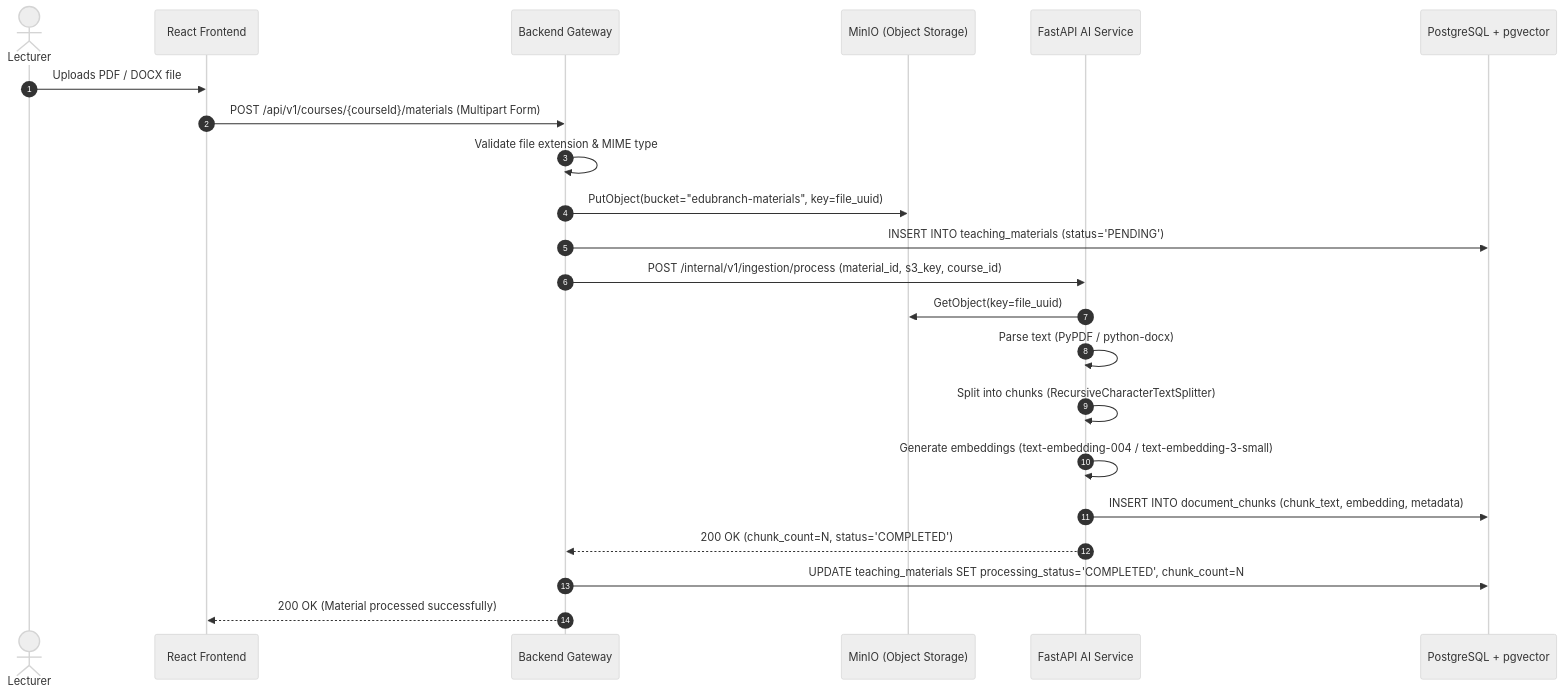
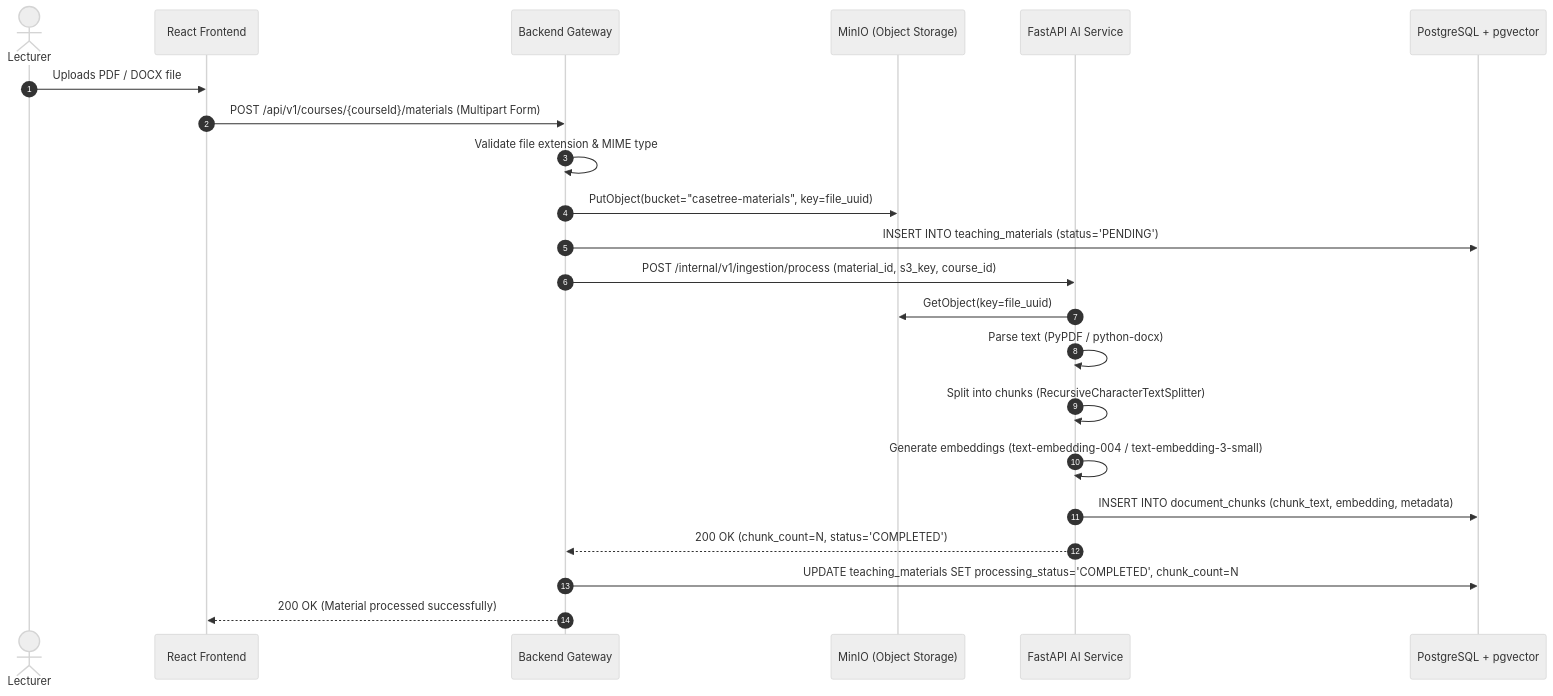
Before and after one commit to HoangNam2464/CaseTree-AI: the first of 6 diagrams in docs/architecture/DATA-FLOW.md, drawn with Mermaid (neutral theme). The commit also changed other lines of this file and 92 other files, not shown here.

````diff
--- a/docs/architecture/DATA-FLOW.md
+++ b/docs/architecture/DATA-FLOW.md
@@ -10,25 +10,25 @@
 ```mermaid
 sequenceDiagram
     autonumber
     actor Lecturer
     participant FE as React Frontend
     participant BE as Backend Gateway
     participant S3 as MinIO (Object Storage)
     participant AI as FastAPI AI Service
     participant DB as PostgreSQL + pgvector
 
     Lecturer->>FE: Uploads PDF / DOCX file
     FE->>BE: POST /api/v1/courses/{courseId}/materials (Multipart Form)
     BE->>BE: Validate file extension & MIME type
-    BE->>S3: PutObject(bucket="edubranch-materials", key=file_uuid)
+    BE->>S3: PutObject(bucket="casetree-materials", key=file_uuid)
     BE->>DB: INSERT INTO teaching_materials (status='PENDING')
     BE->>AI: POST /internal/v1/ingestion/process (material_id, s3_key, course_id)
     AI->>S3: GetObject(key=file_uuid)
     AI->>AI: Parse text (PyPDF / python-docx)
     AI->>AI: Split into chunks (RecursiveCharacterTextSplitter)
     AI->>AI: Generate embeddings (text-embedding-004 / text-embedding-3-small)
     AI->>DB: INSERT INTO document_chunks (chunk_text, embedding, metadata)
     AI-->>BE: 200 OK (chunk_count=N, status='COMPLETED')
     BE->>DB: UPDATE teaching_materials SET processing_status='COMPLETED', chunk_count=N
     BE-->>FE: 200 OK (Material processed successfully)
 ```
````
